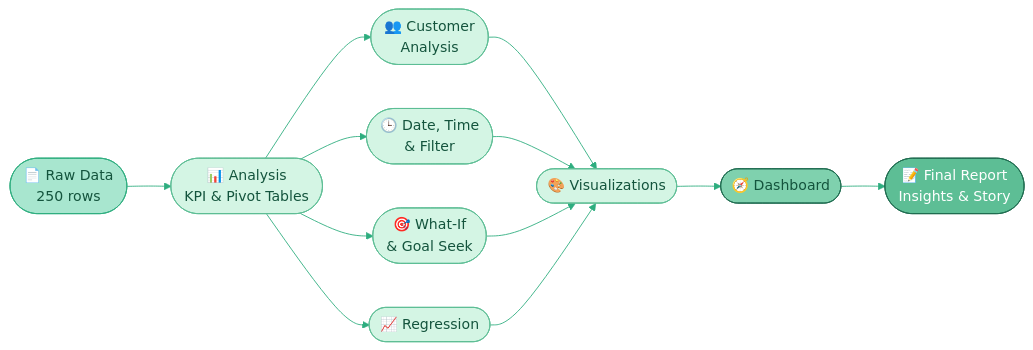
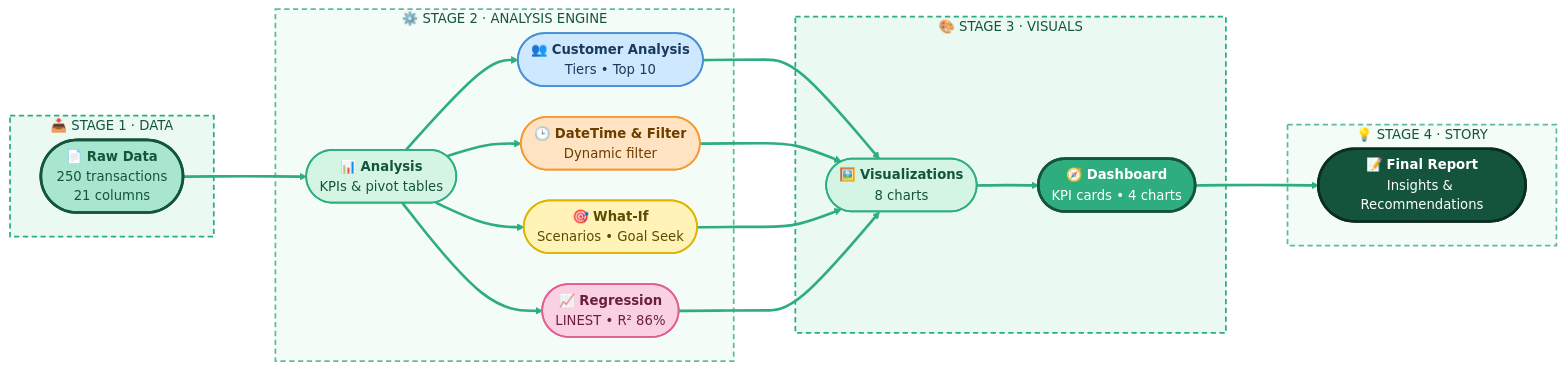
One commit to thadanibhavika6-create/Final__Project changed the diagram in README.md. Above: the diagram before and after it, drawn with Mermaid.

Commit message:
Enhance project workflow diagram in README

````diff
--- a/README.md
+++ b/README.md
@@ -78,18 +78,62 @@
 ```mermaid
-%%{init: {'theme':'base','themeVariables':{'primaryColor':'#D4F5E4','primaryTextColor':'#14543D','primaryBorderColor':'#5DBE95','lineColor':'#2EAD7F','secondaryColor':'#A8E6CF','tertiaryColor':'#EAF9F1','fontFamily':'Trebuchet MS'}}}%%
+%%{init: {'theme':'base','themeVariables':{'fontFamily':'Trebuchet MS','fontSize':'15px','primaryTextColor':'#14543D','lineColor':'#2EAD7F','clusterBkg':'#F4FCF8','clusterBorder':'#5DBE95'},'flowchart':{'curve':'basis','nodeSpacing':35,'rankSpacing':70,'htmlLabels':true}}}%%
 flowchart LR
-    A([📄 Raw Data<br/>250 rows]) --> B([📊 Analysis<br/>KPI & Pivot Tables])
-    B --> C([👥 Customer<br/>Analysis])
-    B --> D([🕒 Date, Time<br/>& Filter])
-    B --> E([🎯 What-If<br/>& Goal Seek])
-    B --> F([📈 Regression])
-    C --> G([🎨 Visualizations])
-    D --> G
-    E --> G
-    F --> G
-    G --> H([🧭 Dashboard])
-    H --> I([📝 Final Report<br/>Insights & Story])
-    style A fill:#A8E6CF,stroke:#2EAD7F,color:#14543D
-    style H fill:#7FD1AE,stroke:#1E6B4F,color:#14543D
-    style I fill:#5DBE95,stroke:#1E6B4F,color:#ffffff
+    subgraph S1["📥 STAGE 1 · DATA"]
+        A(["📄 <b>Raw Data</b><br/>250 transactions<br/>21 columns"])
+    end
+
+    subgraph S2["⚙️ STAGE 2 · ANALYSIS ENGINE"]
+        B(["📊 <b>Analysis</b><br/>KPIs & pivot tables"])
+        C(["👥 <b>Customer Analysis</b><br/>Tiers • Top 10"])
+        D(["🕒 <b>DateTime & Filter</b><br/>Dynamic filter"])
+        E(["🎯 <b>What-If</b><br/>Scenarios • Goal Seek"])
+        F(["📈 <b>Regression</b><br/>LINEST • R² 86%"])
+    end
+
+    subgraph S3["🎨 STAGE 3 · VISUALS"]
+        G(["🖼️ <b>Visualizations</b><br/>8 charts"])
+        H(["🧭 <b>Dashboard</b><br/>KPI cards • 4 charts"])
+    end
+
+    subgraph S4["💡 STAGE 4 · STORY"]
+        I(["📝 <b>Final Report</b><br/>Insights & Recommendations"])
+    end
+
+    A ==> B
+    B ==> C
+    B ==> D
+    B ==> E
+    B ==> F
+    C ==> G
+    D ==> G
+    E ==> G
+    F ==> G
+    G ==> H
+    H ==> I
+
+    classDef raw fill:#A8E6CF,stroke:#14543D,stroke-width:3px,color:#14543D;
+    classDef core fill:#D4F5E4,stroke:#2EAD7F,stroke-width:2px,color:#14543D;
+    classDef cust fill:#CDE8FF,stroke:#4A90D9,stroke-width:2px,color:#1B3A5C;
+    classDef time fill:#FFE3C2,stroke:#F29B38,stroke-width:2px,color:#6B3E00;
+    classDef whatif fill:#FFF3B8,stroke:#E0B400,stroke-width:2px,color:#5C4A00;
+    classDef reg fill:#FAD1E2,stroke:#E0608F,stroke-width:2px,color:#6B1F3F;
+    classDef dash fill:#2EAD7F,stroke:#14543D,stroke-width:3px,color:#ffffff;
+    classDef rep fill:#14543D,stroke:#0B2E22,stroke-width:3px,color:#ffffff;
+
+    class A raw;
+    class B core;
+    class C cust;
+    class D time;
+    class E whatif;
+    class F reg;
+    class G core;
+    class H dash;
+    class I rep;
+
+    style S1 fill:#EAF9F1,stroke:#2EAD7F,stroke-width:2px,stroke-dasharray:6 4,color:#14543D
+    style S2 fill:#F4FCF8,stroke:#5DBE95,stroke-width:2px,stroke-dasharray:6 4,color:#14543D
+    style S3 fill:#EAF9F1,stroke:#2EAD7F,stroke-width:2px,stroke-dasharray:6 4,color:#14543D
+    style S4 fill:#F4FCF8,stroke:#5DBE95,stroke-width:2px,stroke-dasharray:6 4,color:#14543D
+
+    linkStyle default stroke:#2EAD7F,stroke-width:3px
 ```
````
